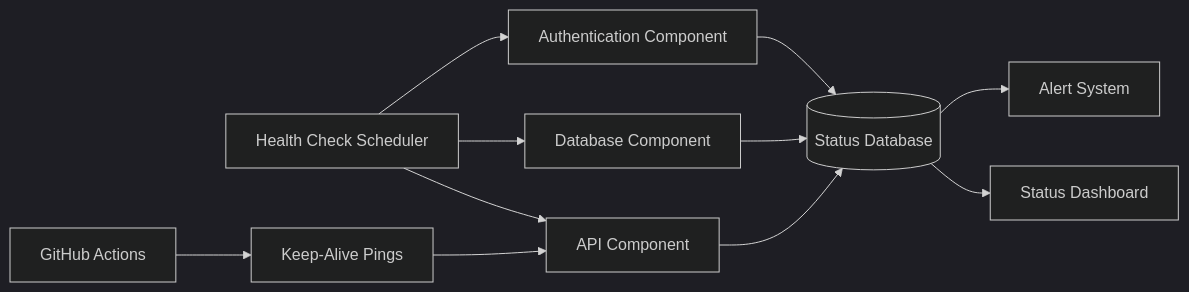
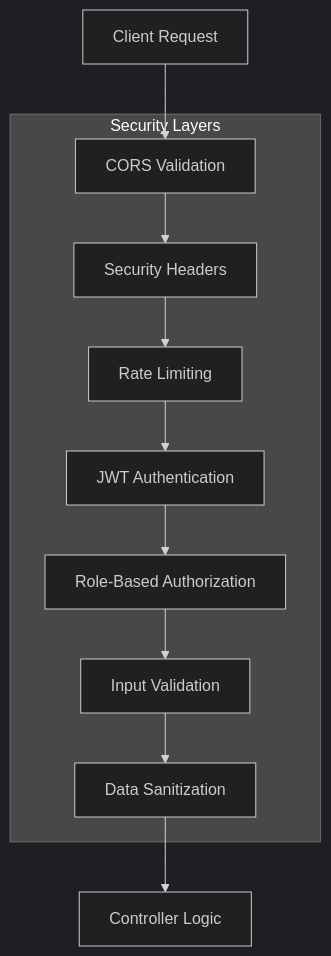
The sixth of 6 diagrams in README.md (openlearnnitj/openlearn-backend), drawn with Mermaid (dark theme) before and after one commit. The commit also changed other lines of this file, not shown here.

````diff
--- a/README.md
+++ b/README.md
@@ -273,16 +515,21 @@
 ```mermaid
-graph LR
-    HealthCheck[Health Check Scheduler] --> API[API Component]
-    HealthCheck --> DB[Database Component]
-    HealthCheck --> Auth[Authentication Component]
+graph TB
+    Client[Client Request] --> CORS[CORS Validation]
+    CORS --> Headers[Security Headers]
+    Headers --> Rate[Rate Limiting]
+    Rate --> Auth[JWT Authentication]
+    Auth --> RBAC[Role-Based Authorization]
+    RBAC --> Valid[Input Validation]
+    Valid --> Sanitize[Data Sanitization]
+    Sanitize --> Controller[Controller Logic]
     
-    API --> StatusDB[(Status Database)]
-    DB --> StatusDB
-    Auth --> StatusDB
-    
-    StatusDB --> Dashboard[Status Dashboard]
-    StatusDB --> Alerts[Alert System]
-    
-    GitHub[GitHub Actions] --> KeepAlive[Keep-Alive Pings]
-    KeepAlive --> API
+    subgraph "Security Layers"
+        CORS
+        Headers
+        Rate
+        Auth
+        RBAC
+        Valid
+        Sanitize
+    end
 ```
````
